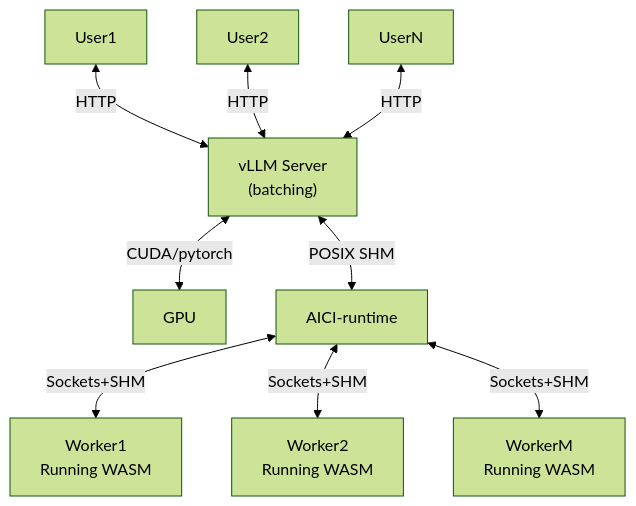
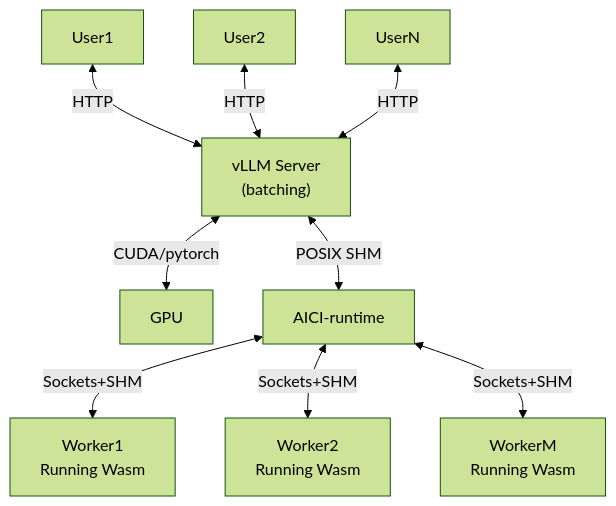
Before and after one commit to microsoft/aici: the first of 3 diagrams in README.md, drawn with Mermaid (forest theme). The commit also changed other lines of this file, not shown here.

````diff
--- a/README.md
+++ b/README.md
@@ -177,11 +198,11 @@
 ```mermaid
 graph TD
     User1 <-- HTTP --> vLLM
     User2 <-- HTTP --> vLLM
     UserN <-- HTTP --> vLLM["vLLM Server<br>(batching)"]
     vLLM <-- CUDA/pytorch --> GPU
     vLLM <-- POSIX SHM --> aicirt[AICI-runtime]
-    aicirt <-- Sockets+SHM --> Worker1[Worker1<br>Running WASM]
-    aicirt <-- Sockets+SHM --> Worker2[Worker2<br>Running WASM]
-    aicirt <-- Sockets+SHM --> WorkerM[WorkerM<br>Running WASM]
+    aicirt <-- Sockets+SHM --> Worker1[Worker1<br>Running Wasm]
+    aicirt <-- Sockets+SHM --> Worker2[Worker2<br>Running Wasm]
+    aicirt <-- Sockets+SHM --> WorkerM[WorkerM<br>Running Wasm]
 ```
````
